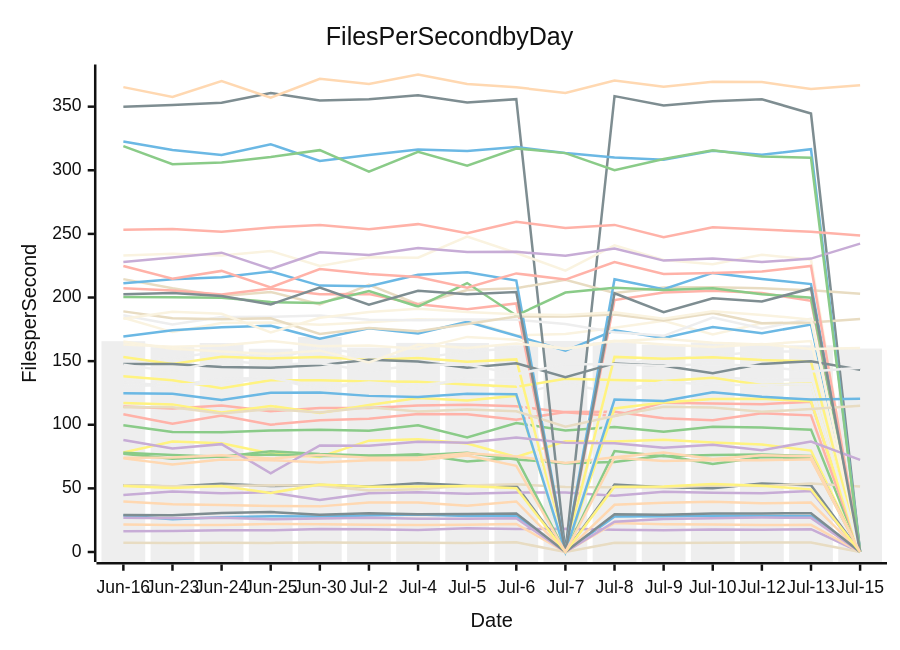
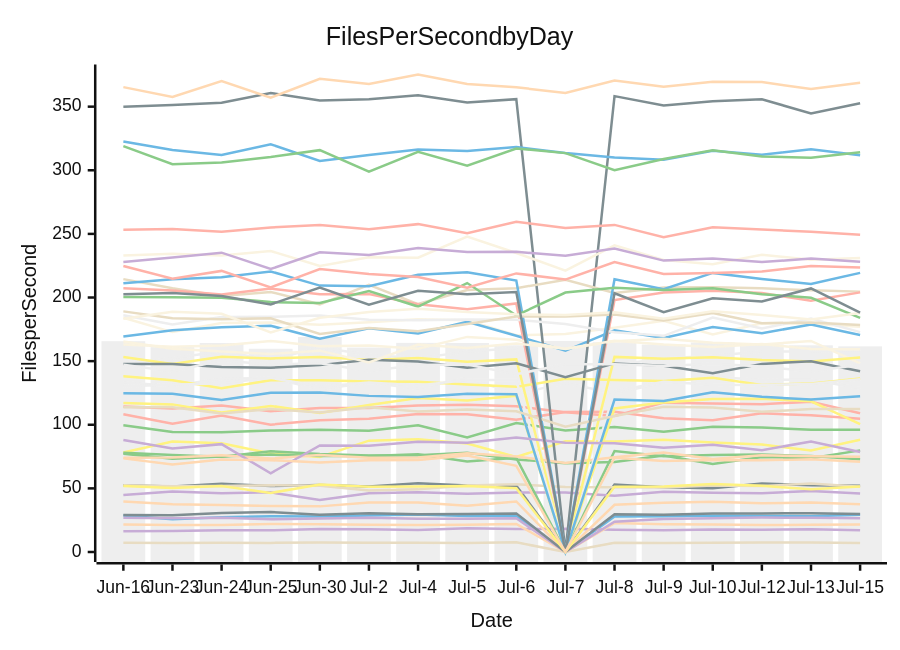
One commit to streetsidesoftware/cspell changed the diagram in perf-report.md. Above: the diagram before and after it, drawn with Mermaid (neutral theme). The commit also changed other lines of this file and 1 other file, not shown here.

````diff
--- a/perf-report.md
+++ b/perf-report.md
@@ -10,57 +10,57 @@
 ```mermaid
 xychart-beta
     title Files Per Second by Day
     y-axis Files per Second
     x-axis Date [Jun-16, Jun-23, Jun-24, Jun-25, Jun-30, Jul-2, Jul-4, Jul-5, Jul-6, Jul-7, Jul-8, Jul-9, Jul-10, Jul-12, Jul-13, Jul-15]
-    bar [165.65, 161.06, 164.28, 159.75, 168.95, 160.66, 164.38, 164.27, 162.48, 165.90, 164.83, 163.05, 164.68, 163.19, 162.43, 159.91]
-    line [28.76, 25.82, 27.29, 28.03, 27.82, 28.74, 29.48, 28.36, 28.34, 0.00, 27.98, 28.10, 28.43, 28.38, 28.02, 0.00]
-    line [99.63, 94.35, 94.02, 95.44, 96.15, 95.34, 99.55, 90.07, 101.41, 95.54, 98.21, 94.52, 98.50, 97.78, 96.17, 0.00]
-    line [16.25, 16.59, 17.11, 17.00, 18.16, 17.94, 17.30, 18.64, 18.07, 18.36, 17.45, 17.16, 17.77, 17.48, 17.96, 0.00]
-    line [7.28, 7.12, 7.22, 7.17, 7.37, 7.23, 7.36, 6.99, 7.61, 0.00, 7.24, 7.01, 7.27, 7.49, 7.49, 0.00]
-    line [114.38, 112.71, 115.12, 110.67, 113.20, 113.18, 115.07, 115.63, 114.45, 109.79, 106.87, 117.37, 116.66, 116.21, 118.14, 0.00]
-    line [78.16, 86.88, 85.49, 77.34, 74.76, 87.51, 88.59, 85.26, 74.62, 86.95, 86.80, 88.24, 86.00, 84.39, 79.74, 0.00]
-    line [52.41, 51.44, 53.68, 51.84, 52.69, 51.50, 53.98, 52.25, 52.09, 0.00, 53.03, 50.88, 50.01, 53.83, 52.41, 0.00]
-    line [21.66, 21.30, 21.15, 22.00, 21.90, 21.51, 21.13, 21.43, 22.00, 0.00, 22.72, 21.87, 21.57, 21.20, 21.36, 0.00]
-    line [184.11, 172.84, 180.05, 180.38, 178.52, 180.47, 182.90, 182.10, 170.31, 171.39, 176.15, 181.65, 170.98, 179.72, 179.37, 0.00]
-    line [133.18, 130.59, 136.24, 136.67, 127.99, 132.91, 128.52, 136.97, 123.97, 132.77, 124.67, 133.15, 137.66, 135.26, 135.39, 0.00]
-    line [169.42, 174.24, 176.57, 177.80, 167.68, 175.75, 171.75, 180.95, 169.97, 158.13, 174.21, 168.28, 176.77, 172.02, 178.72, 0.00]
-    line [78.06, 76.22, 74.88, 79.14, 76.99, 75.88, 76.09, 78.08, 72.78, 69.82, 70.79, 75.77, 69.10, 74.66, 73.66, 0.00]
-    line [44.72, 47.61, 46.18, 46.86, 40.79, 46.17, 47.03, 45.86, 46.70, 46.74, 44.23, 47.36, 46.58, 46.27, 47.99, 0.00]
-    line [52.39, 51.73, 51.82, 52.39, 52.00, 48.43, 49.22, 52.34, 53.26, 51.10, 50.86, 50.66, 52.36, 51.79, 53.82, 51.51]
-    line [108.33, 100.84, 107.27, 100.09, 103.62, 104.63, 108.43, 108.27, 103.96, 110.08, 110.20, 105.06, 103.60, 109.02, 107.38, 0.00]
-    line [117.01, 116.01, 109.65, 114.81, 109.29, 115.47, 121.09, 119.06, 122.86, 0.00, 112.77, 117.49, 120.30, 120.41, 118.48, 0.00]
-    line [349.94, 351.35, 353.13, 360.69, 354.83, 355.80, 359.03, 353.22, 355.88, 0.00, 358.26, 350.93, 354.34, 355.82, 344.62, 0.00]
-    line [39.70, 37.48, 36.99, 36.10, 35.86, 38.94, 38.99, 36.38, 39.71, 0.00, 37.09, 38.73, 39.43, 38.35, 38.90, 0.00]
-    line [232.93, 234.34, 233.01, 236.58, 224.78, 231.59, 231.28, 247.94, 235.03, 221.17, 240.95, 229.51, 226.18, 233.66, 229.73, 0.00]
-    line [147.63, 152.29, 157.67, 151.07, 160.69, 154.94, 152.23, 157.47, 160.32, 0.00, 147.14, 152.12, 154.25, 157.55, 157.57, 0.00]
-    line [322.64, 316.02, 312.10, 320.45, 307.34, 312.08, 316.35, 315.20, 318.22, 313.66, 310.11, 308.24, 315.35, 312.26, 316.54, 0.00]
-    line [77.16, 73.34, 75.14, 76.59, 75.51, 75.45, 76.79, 71.21, 73.99, 0.00, 79.33, 75.23, 76.27, 76.63, 75.41, 0.00]
-    line [26.84, 26.60, 26.95, 25.71, 26.35, 26.84, 26.11, 26.06, 26.52, 0.00, 23.76, 25.86, 26.61, 27.13, 26.83, 0.00]
-    line [214.45, 207.28, 201.26, 204.34, 194.65, 210.00, 194.85, 205.89, 207.36, 213.92, 203.52, 207.94, 208.03, 207.20, 205.62, 202.92]
-    line [207.22, 205.60, 202.43, 207.02, 202.54, 202.72, 194.67, 190.86, 195.33, 0.00, 197.97, 203.94, 205.22, 203.61, 197.40, 0.00]
-    line [138.18, 135.01, 128.78, 135.00, 135.05, 134.05, 133.73, 131.56, 129.78, 136.12, 135.18, 134.44, 136.88, 131.27, 132.43, 0.00]
-    line [29.07, 28.80, 30.64, 31.41, 29.25, 30.37, 29.62, 29.89, 30.35, 0.00, 29.68, 29.34, 30.24, 30.35, 30.53, 0.00]
-    line [74.00, 74.26, 76.13, 73.45, 76.23, 74.07, 74.35, 77.62, 75.07, 70.03, 74.46, 78.13, 73.01, 75.98, 75.26, 0.00]
-    line [163.15, 161.29, 162.24, 165.87, 161.72, 162.26, 159.82, 169.05, 166.75, 159.60, 165.64, 167.61, 164.48, 163.07, 165.84, 0.00]
-    line [186.02, 178.80, 184.67, 184.84, 185.79, 182.56, 182.17, 182.82, 182.50, 179.12, 172.62, 169.88, 184.28, 175.71, 183.39, 0.00]
-    line [211.27, 214.37, 216.02, 220.47, 209.37, 208.94, 217.94, 219.88, 213.33, 0.00, 214.36, 206.61, 219.33, 214.62, 210.58, 0.00]
-    line [200.33, 200.19, 199.73, 196.39, 195.67, 205.11, 192.90, 211.35, 185.93, 203.88, 207.58, 205.87, 207.35, 202.66, 199.84, 0.00]
-    line [227.87, 231.36, 235.26, 222.40, 235.59, 233.45, 238.97, 235.75, 235.89, 232.86, 238.48, 229.00, 230.57, 227.85, 230.59, 242.38]
-    line [189.10, 183.71, 182.95, 183.62, 171.28, 176.05, 173.54, 179.14, 185.15, 184.99, 186.71, 181.92, 187.82, 179.82, 180.43, 183.10]
-    line [224.77, 214.79, 220.92, 207.92, 222.39, 218.49, 216.06, 207.77, 218.95, 214.11, 227.80, 218.56, 219.23, 220.42, 224.78, 0.00]
-    line [153.33, 147.83, 153.51, 152.15, 153.26, 150.82, 152.56, 149.61, 151.37, 0.00, 153.34, 151.79, 153.10, 150.91, 149.71, 0.00]
-    line [147.76, 147.78, 145.47, 144.87, 146.87, 151.06, 149.73, 144.88, 148.36, 137.35, 148.23, 146.43, 140.41, 147.84, 149.86, 143.16]
-    line [365.35, 357.60, 370.08, 357.07, 371.96, 367.90, 375.27, 367.85, 365.20, 360.83, 370.59, 365.59, 369.56, 369.35, 363.79, 366.77]
-    line [183.39, 188.80, 187.17, 172.53, 184.06, 188.67, 191.18, 188.53, 186.82, 186.30, 188.38, 183.25, 189.14, 186.31, 182.67, 0.00]
-    line [130.35, 131.39, 132.60, 136.92, 129.95, 133.16, 130.87, 135.23, 135.13, 0.00, 126.22, 133.87, 131.35, 131.34, 131.95, 0.00]
-    line [124.68, 124.29, 119.55, 125.16, 125.39, 122.70, 121.73, 124.30, 123.97, 0.00, 119.80, 118.70, 125.49, 121.97, 119.76, 120.44]
-    line [318.97, 304.83, 306.07, 310.41, 315.81, 298.93, 314.56, 303.69, 317.11, 313.48, 300.01, 308.91, 315.76, 310.85, 309.84, 0.00]
-    line [88.08, 81.29, 84.76, 61.88, 83.73, 83.48, 86.69, 85.83, 89.91, 85.92, 85.41, 81.93, 84.31, 79.99, 86.85, 72.43]
-    line [113.74, 113.71, 108.86, 112.34, 109.73, 113.68, 110.37, 111.97, 110.64, 98.54, 106.95, 114.12, 113.53, 110.15, 112.38, 114.85]
-    line [253.26, 253.77, 251.67, 255.05, 257.07, 253.64, 257.67, 250.47, 259.54, 254.67, 257.07, 247.35, 255.25, 253.55, 251.59, 248.72]
-    line [51.85, 50.23, 51.87, 46.40, 53.06, 51.19, 51.40, 51.86, 50.10, 0.00, 51.21, 51.39, 53.37, 51.98, 49.24, 0.00]
-    line [202.60, 203.46, 201.26, 194.60, 207.89, 194.40, 205.29, 202.49, 204.26, 0.00, 203.31, 188.55, 199.47, 196.87, 207.15, 0.00]
-    line [73.58, 68.82, 72.77, 72.13, 70.38, 72.17, 72.40, 75.76, 67.72, 0.00, 74.05, 71.58, 72.37, 72.08, 72.80, 0.00]
-    line [165.48, 159.81, 157.56, 155.70, 158.25, 148.90, 163.02, 160.27, 163.84, 159.78, 166.09, 162.99, 161.12, 163.50, 159.47, 160.32]
-    line [147.23, 141.81, 150.65, 147.20, 148.34, 142.33, 146.88, 147.38, 139.67, 147.57, 147.61, 146.15, 148.02, 145.81, 141.78, 144.79]
+    bar [165.65, 161.06, 164.28, 159.75, 168.95, 160.66, 164.38, 164.27, 162.48, 165.90, 164.83, 163.05, 164.68, 163.19, 162.43, 161.62]
+    line [28.76, 25.82, 27.29, 28.03, 27.82, 28.74, 29.48, 28.36, 28.34, 0.00, 27.98, 28.10, 28.43, 28.38, 28.02, 29.31]
+    line [99.63, 94.35, 94.02, 95.44, 96.15, 95.34, 99.55, 90.07, 101.41, 95.54, 98.21, 94.52, 98.50, 97.78, 96.17, 96.08]
+    line [16.25, 16.59, 17.11, 17.00, 18.16, 17.94, 17.30, 18.64, 18.07, 18.36, 17.45, 17.16, 17.77, 17.48, 17.96, 17.01]
+    line [7.28, 7.12, 7.22, 7.17, 7.37, 7.23, 7.36, 6.99, 7.61, 0.00, 7.24, 7.01, 7.27, 7.49, 7.49, 7.10]
+    line [114.38, 112.71, 115.12, 110.67, 113.20, 113.18, 115.07, 115.63, 114.45, 109.79, 106.87, 117.37, 116.66, 116.21, 118.14, 109.01]
+    line [78.16, 86.88, 85.49, 77.34, 74.76, 87.51, 88.59, 85.26, 74.62, 86.95, 86.80, 88.24, 86.00, 84.39, 79.74, 88.17]
+    line [52.41, 51.44, 53.68, 51.84, 52.69, 51.50, 53.98, 52.25, 52.09, 0.00, 53.03, 50.88, 50.01, 53.83, 52.41, 52.09]
+    line [21.66, 21.30, 21.15, 22.00, 21.90, 21.51, 21.13, 21.43, 22.00, 0.00, 22.72, 21.87, 21.57, 21.20, 21.36, 21.59]
+    line [184.11, 172.84, 180.05, 180.38, 178.52, 180.47, 182.90, 182.10, 170.31, 171.39, 176.15, 181.65, 170.98, 179.72, 179.37, 177.07]
+    line [133.18, 130.59, 136.24, 136.67, 127.99, 132.91, 128.52, 136.97, 123.97, 132.77, 124.67, 133.15, 137.66, 135.26, 135.39, 128.68]
+    line [169.42, 174.24, 176.57, 177.80, 167.68, 175.75, 171.75, 180.95, 169.97, 158.13, 174.21, 168.28, 176.77, 172.02, 178.72, 170.59]
+    line [78.06, 76.22, 74.88, 79.14, 76.99, 75.88, 76.09, 78.08, 72.78, 69.82, 70.79, 75.77, 69.10, 74.66, 73.66, 79.87]
+    line [44.72, 47.61, 46.18, 46.86, 40.79, 46.17, 47.03, 45.86, 46.70, 46.74, 44.23, 47.36, 46.58, 46.27, 47.99, 46.02]
+    line [52.39, 51.73, 51.82, 52.39, 52.00, 48.43, 49.22, 52.34, 53.26, 51.10, 50.86, 50.66, 52.36, 51.79, 53.82, 51.29]
+    line [108.33, 100.84, 107.27, 100.09, 103.62, 104.63, 108.43, 108.27, 103.96, 110.08, 110.20, 105.06, 103.60, 109.02, 107.38, 104.79]
+    line [117.01, 116.01, 109.65, 114.81, 109.29, 115.47, 121.09, 119.06, 122.86, 0.00, 112.77, 117.49, 120.30, 120.41, 118.48, 100.45]
+    line [349.94, 351.35, 353.13, 360.69, 354.83, 355.80, 359.03, 353.22, 355.88, 0.00, 358.26, 350.93, 354.34, 355.82, 344.62, 352.75]
+    line [39.70, 37.48, 36.99, 36.10, 35.86, 38.94, 38.99, 36.38, 39.71, 0.00, 37.09, 38.73, 39.43, 38.35, 38.90, 37.60]
+    line [232.93, 234.34, 233.01, 236.58, 224.78, 231.59, 231.28, 247.94, 235.03, 221.17, 240.95, 229.51, 226.18, 233.66, 229.73, 230.96]
+    line [147.63, 152.29, 157.67, 151.07, 160.69, 154.94, 152.23, 157.47, 160.32, 0.00, 147.14, 152.12, 154.25, 157.55, 157.57, 158.46]
+    line [322.64, 316.02, 312.10, 320.45, 307.34, 312.08, 316.35, 315.20, 318.22, 313.66, 310.11, 308.24, 315.35, 312.26, 316.54, 311.76]
+    line [77.16, 73.34, 75.14, 76.59, 75.51, 75.45, 76.79, 71.21, 73.99, 0.00, 79.33, 75.23, 76.27, 76.63, 75.41, 72.92]
+    line [26.84, 26.60, 26.95, 25.71, 26.35, 26.84, 26.11, 26.06, 26.52, 0.00, 23.76, 25.86, 26.61, 27.13, 26.83, 26.46]
+    line [214.45, 207.28, 201.26, 204.34, 194.65, 210.00, 194.85, 205.89, 207.36, 213.92, 203.52, 207.94, 208.03, 207.20, 205.62, 204.63]
+    line [207.22, 205.60, 202.43, 207.02, 202.54, 202.72, 194.67, 190.86, 195.33, 0.00, 197.97, 203.94, 205.22, 203.61, 197.40, 204.04]
+    line [138.18, 135.01, 128.78, 135.00, 135.05, 134.05, 133.73, 131.56, 129.78, 136.12, 135.18, 134.44, 136.88, 131.27, 132.43, 136.35]
+    line [29.07, 28.80, 30.64, 31.41, 29.25, 30.37, 29.62, 29.89, 30.35, 0.00, 29.68, 29.34, 30.24, 30.35, 30.53, 29.80]
+    line [74.00, 74.26, 76.13, 73.45, 76.23, 74.07, 74.35, 77.62, 75.07, 70.03, 74.46, 78.13, 73.01, 75.98, 75.26, 74.90]
+    line [163.15, 161.29, 162.24, 165.87, 161.72, 162.26, 159.82, 169.05, 166.75, 159.60, 165.64, 167.61, 164.48, 163.07, 165.84, 148.26]
+    line [186.02, 178.80, 184.67, 184.84, 185.79, 182.56, 182.17, 182.82, 182.50, 179.12, 172.62, 169.88, 184.28, 175.71, 183.39, 172.77]
+    line [211.27, 214.37, 216.02, 220.47, 209.37, 208.94, 217.94, 219.88, 213.33, 0.00, 214.36, 206.61, 219.33, 214.62, 210.58, 219.39]
+    line [200.33, 200.19, 199.73, 196.39, 195.67, 205.11, 192.90, 211.35, 185.93, 203.88, 207.58, 205.87, 207.35, 202.66, 199.84, 184.00]
+    line [227.87, 231.36, 235.26, 222.40, 235.59, 233.45, 238.97, 235.75, 235.89, 232.86, 238.48, 229.00, 230.57, 227.85, 230.59, 228.02]
+    line [189.10, 183.71, 182.95, 183.62, 171.28, 176.05, 173.54, 179.14, 185.15, 184.99, 186.71, 181.92, 187.82, 179.82, 180.43, 178.45]
+    line [224.77, 214.79, 220.92, 207.92, 222.39, 218.49, 216.06, 207.77, 218.95, 214.11, 227.80, 218.56, 219.23, 220.42, 224.78, 223.55]
+    line [153.33, 147.83, 153.51, 152.15, 153.26, 150.82, 152.56, 149.61, 151.37, 0.00, 153.34, 151.79, 153.10, 150.91, 149.71, 152.88]
+    line [147.76, 147.78, 145.47, 144.87, 146.87, 151.06, 149.73, 144.88, 148.36, 137.35, 148.23, 146.43, 140.41, 147.84, 149.86, 141.99]
+    line [365.35, 357.60, 370.08, 357.07, 371.96, 367.90, 375.27, 367.85, 365.20, 360.83, 370.59, 365.59, 369.56, 369.35, 363.79, 368.70]
+    line [183.39, 188.80, 187.17, 172.53, 184.06, 188.67, 191.18, 188.53, 186.82, 186.30, 188.38, 183.25, 189.14, 186.31, 182.67, 187.77]
+    line [130.35, 131.39, 132.60, 136.92, 129.95, 133.16, 130.87, 135.23, 135.13, 0.00, 126.22, 133.87, 131.35, 131.34, 131.95, 135.79]
+    line [124.68, 124.29, 119.55, 125.16, 125.39, 122.70, 121.73, 124.30, 123.97, 0.00, 119.80, 118.70, 125.49, 121.97, 119.76, 122.36]
+    line [318.97, 304.83, 306.07, 310.41, 315.81, 298.93, 314.56, 303.69, 317.11, 313.48, 300.01, 308.91, 315.76, 310.85, 309.84, 314.25]
+    line [88.08, 81.29, 84.76, 61.88, 83.73, 83.48, 86.69, 85.83, 89.91, 85.92, 85.41, 81.93, 84.31, 79.99, 86.85, 78.60]
+    line [113.74, 113.71, 108.86, 112.34, 109.73, 113.68, 110.37, 111.97, 110.64, 98.54, 106.95, 114.12, 113.53, 110.15, 112.38, 112.37]
+    line [253.26, 253.77, 251.67, 255.05, 257.07, 253.64, 257.67, 250.47, 259.54, 254.67, 257.07, 247.35, 255.25, 253.55, 251.59, 249.38]
+    line [51.85, 50.23, 51.87, 46.40, 53.06, 51.19, 51.40, 51.86, 50.10, 0.00, 51.21, 51.39, 53.37, 51.98, 49.24, 51.43]
+    line [202.60, 203.46, 201.26, 194.60, 207.89, 194.40, 205.29, 202.49, 204.26, 0.00, 203.31, 188.55, 199.47, 196.87, 207.15, 188.10]
+    line [73.58, 68.82, 72.77, 72.13, 70.38, 72.17, 72.40, 75.76, 67.72, 0.00, 74.05, 71.58, 72.37, 72.08, 72.80, 71.00]
+    line [165.48, 159.81, 157.56, 155.70, 158.25, 148.90, 163.02, 160.27, 163.84, 159.78, 166.09, 162.99, 161.12, 163.50, 159.47, 159.32]
+    line [147.23, 141.81, 150.65, 147.20, 148.34, 142.33, 146.88, 147.38, 139.67, 147.57, 147.61, 146.15, 148.02, 145.81, 141.78, 147.19]
 ```
````
